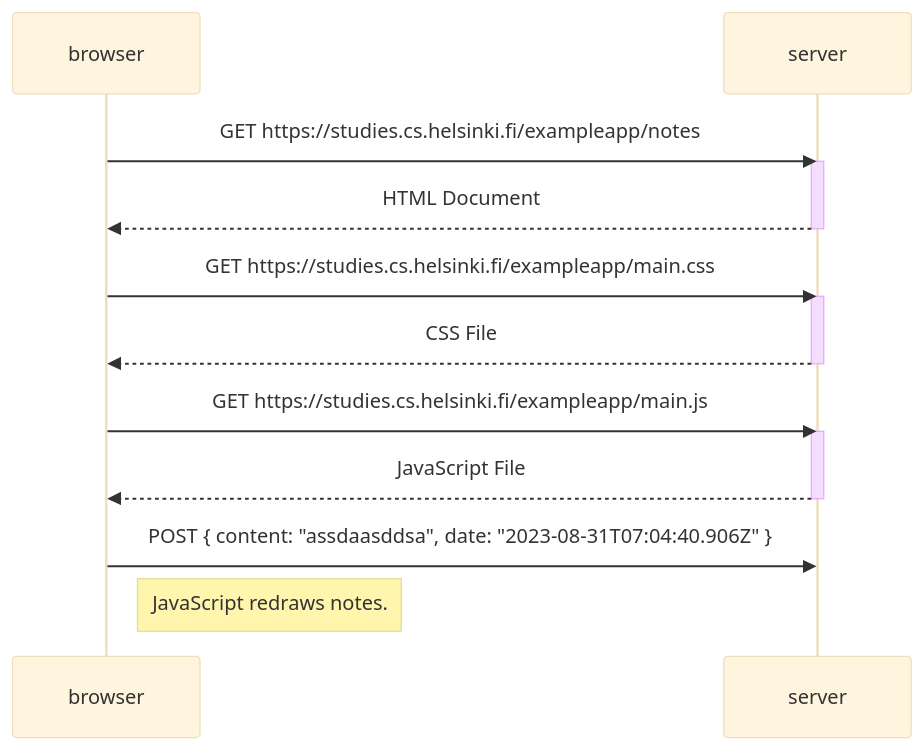
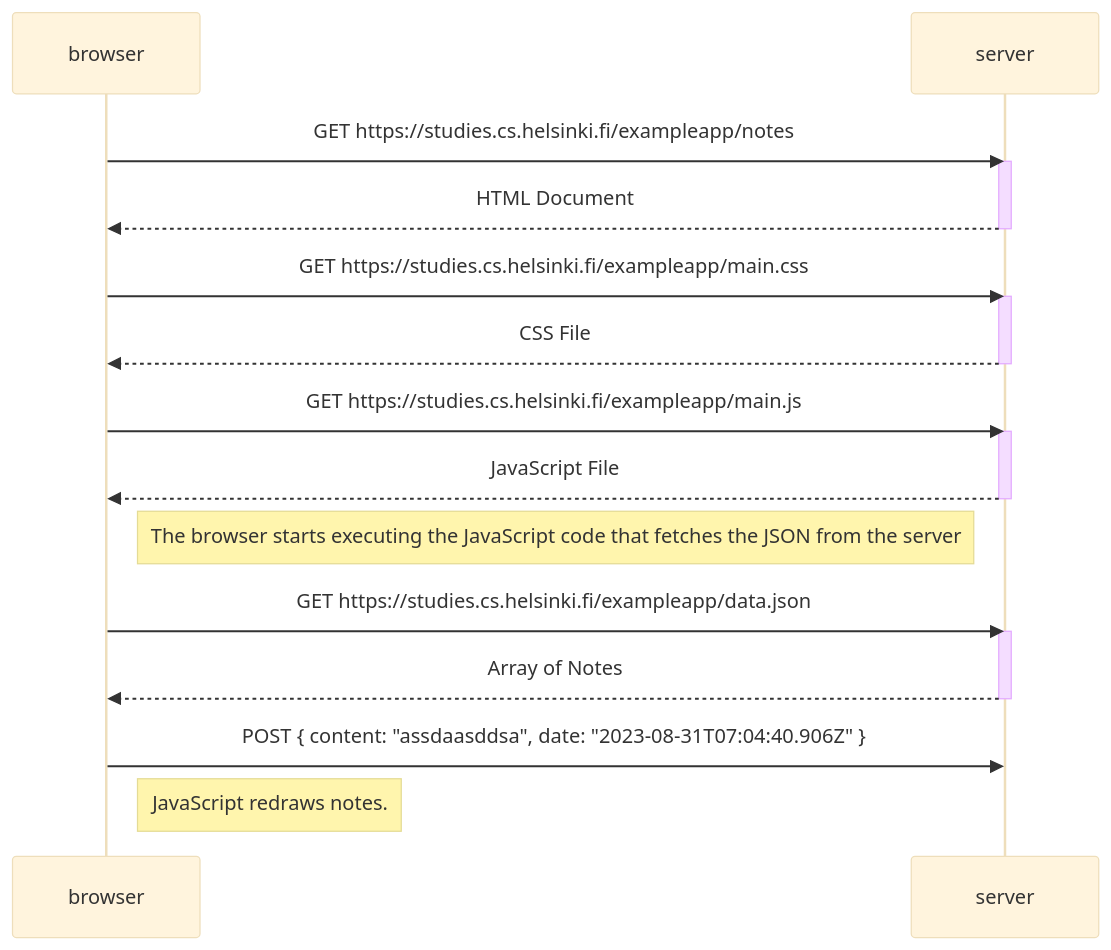
One commit to valtteriper/FullstackOpen changed the diagram in part_0.6.md. Above: the diagram before and after it, drawn with Mermaid (base theme).

````diff
--- a/part_0.6.md
+++ b/part_0.6.md
@@ -1,25 +1,32 @@
 ```mermaid
 sequenceDiagram
     participant browser
     participant server
     
     browser->>server: GET https://studies.cs.helsinki.fi/exampleapp/notes
     activate server
     server-->>browser: HTML Document
     deactivate server
 
     browser->>server: GET https://studies.cs.helsinki.fi/exampleapp/main.css
     activate server
     server-->>browser: CSS File
     deactivate server
 
     browser->>server: GET https://studies.cs.helsinki.fi/exampleapp/main.js
     activate server
     server-->>browser: JavaScript File
     deactivate server
 
+    Note right of browser: The browser starts executing the JavaScript code that fetches the JSON from the server
+
+    browser->>server: GET https://studies.cs.helsinki.fi/exampleapp/data.json
+    activate server
+    server-->>browser: Array of Notes
+    deactivate server
+
     browser->>server: POST { content: "assdaasddsa", date: "2023-08-31T07:04:40.906Z" }
 
 Note right of browser: JavaScript redraws notes.
 
 ```
````
